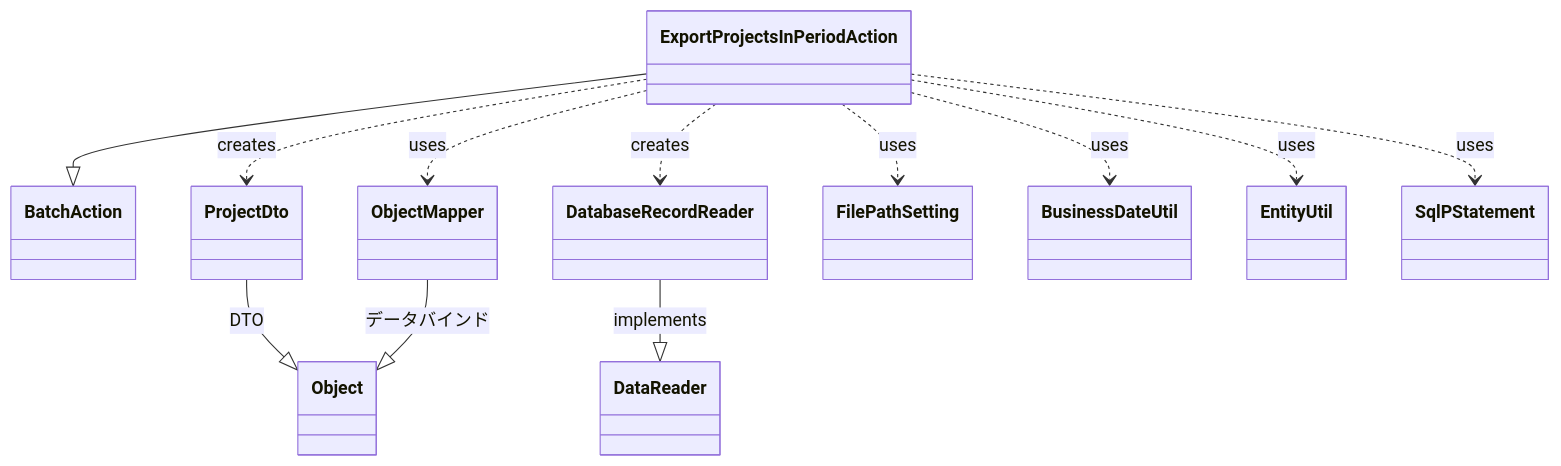
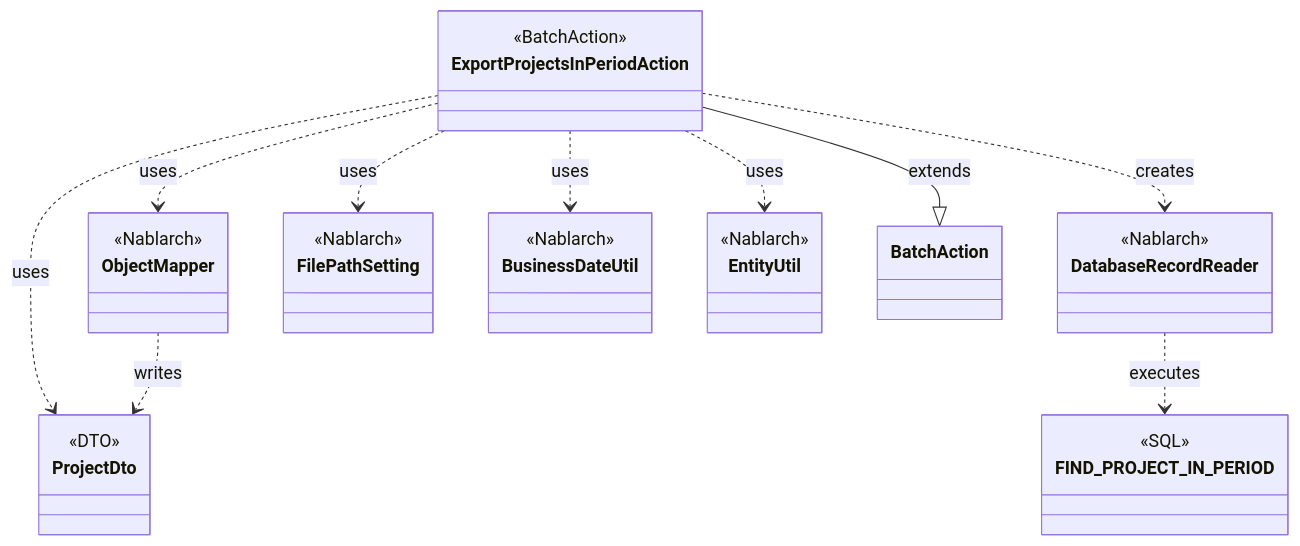
One commit to Fintan-contents/nablarch-system-development-guide changed the first of 2 diagrams in Sample_Project/Source_Code/proman-project/work/20260210/code-analysis-export-projects-in-period-action.md. Above: the diagram before and after it, drawn with Mermaid. The commit also changed other lines of this file, not shown here.

First line of the commit message:
docs: ExportProjectsInPeriodActionコード分析ドキュメントを再生成

````diff
--- a/Sample_Project/Source_Code/proman-project/work/20260210/code-analysis-export-projects-in-period-action.md
+++ b/Sample_Project/Source_Code/proman-project/work/20260210/code-analysis-export-projects-in-period-action.md
@@ -32,14 +32,37 @@
 ```mermaid
 classDiagram
-    ExportProjectsInPeriodAction --|> BatchAction
-    ExportProjectsInPeriodAction ..> ProjectDto : creates
+    class ExportProjectsInPeriodAction {
+        <<BatchAction>>
+    }
+    class ProjectDto {
+        <<DTO>>
+    }
+    class DatabaseRecordReader {
+        <<Nablarch>>
+    }
+    class ObjectMapper {
+        <<Nablarch>>
+    }
+    class FilePathSetting {
+        <<Nablarch>>
+    }
+    class BusinessDateUtil {
+        <<Nablarch>>
+    }
+    class EntityUtil {
+        <<Nablarch>>
+    }
+    class FIND_PROJECT_IN_PERIOD {
+        <<SQL>>
+    }
+
+    ExportProjectsInPeriodAction --|> BatchAction : extends
+    ExportProjectsInPeriodAction ..> ProjectDto : uses
     ExportProjectsInPeriodAction ..> DatabaseRecordReader : creates
     ExportProjectsInPeriodAction ..> ObjectMapper : uses
     ExportProjectsInPeriodAction ..> FilePathSetting : uses
     ExportProjectsInPeriodAction ..> BusinessDateUtil : uses
     ExportProjectsInPeriodAction ..> EntityUtil : uses
-    ExportProjectsInPeriodAction ..> SqlPStatement : uses
-    ProjectDto --|> Object : DTO
-    DatabaseRecordReader --|> DataReader : implements
-    ObjectMapper --|> Object : データバインド
+    DatabaseRecordReader ..> FIND_PROJECT_IN_PERIOD : executes
+    ObjectMapper ..> ProjectDto : writes
 ```
````
